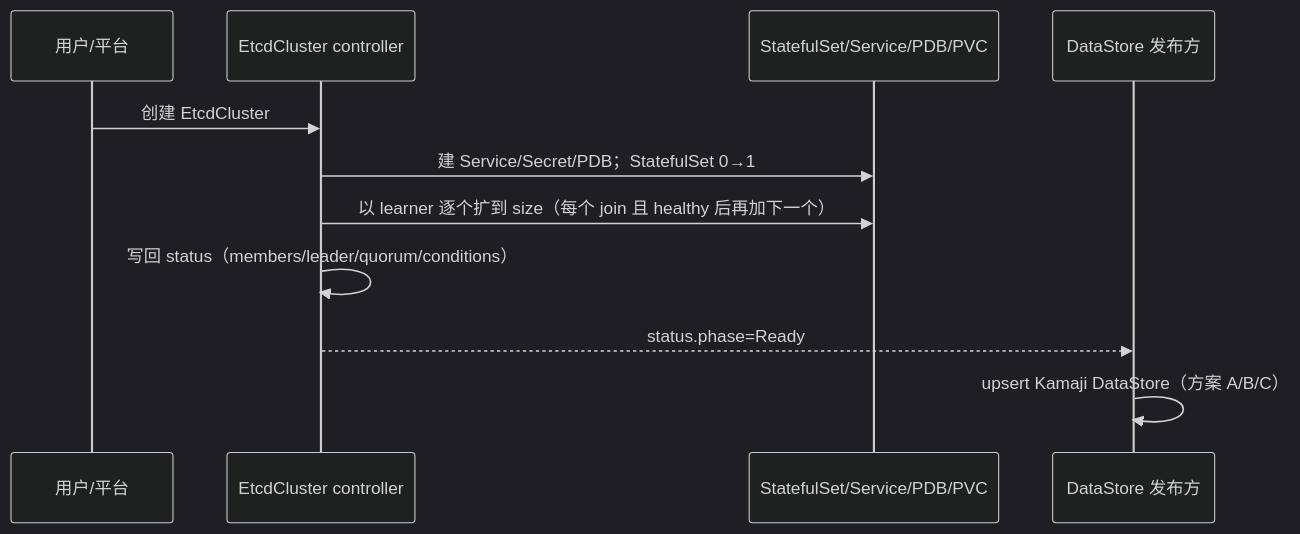
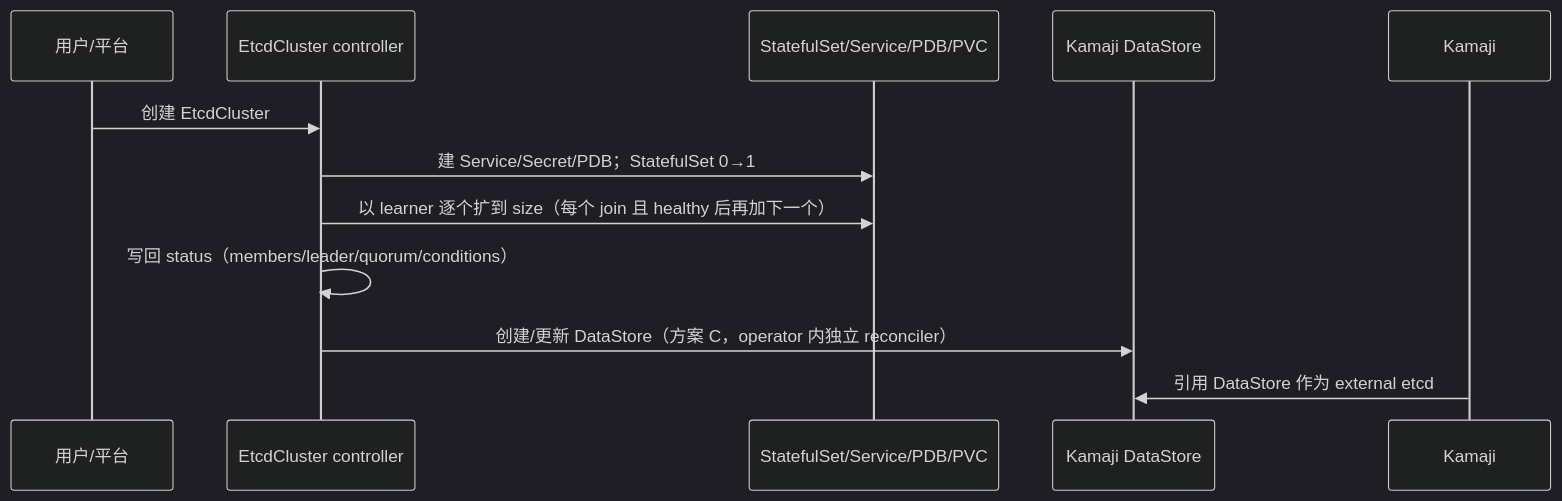
Before and after one commit to alauda/etcd-operator: the second of 3 diagrams in docs/design/hcp-etcd-design.md, drawn with Mermaid (dark theme). The commit also changed other lines of this file, not shown here.

````diff
--- a/docs/design/hcp-etcd-design.md
+++ b/docs/design/hcp-etcd-design.md
@@ -391,13 +391,14 @@
 ```mermaid
 sequenceDiagram
   participant U as 用户/平台
   participant C as EtcdCluster controller
   participant K as StatefulSet/Service/PDB/PVC
-  participant P as DataStore 发布方
+  participant D as Kamaji DataStore
+  participant J as Kamaji
   U->>C: 创建 EtcdCluster
   C->>K: 建 Service/Secret/PDB；StatefulSet 0→1
   C->>K: 以 learner 逐个扩到 size（每个 join 且 healthy 后再加下一个）
   C->>C: 写回 status（members/leader/quorum/conditions）
-  C-->>P: status.phase=Ready
-  P->>P: upsert Kamaji DataStore（方案 A/B/C）
+  C->>D: 创建/更新 DataStore（方案 C，operator 内独立 reconciler）
+  J->>D: 引用 DataStore 作为 external etcd
 ```
````
